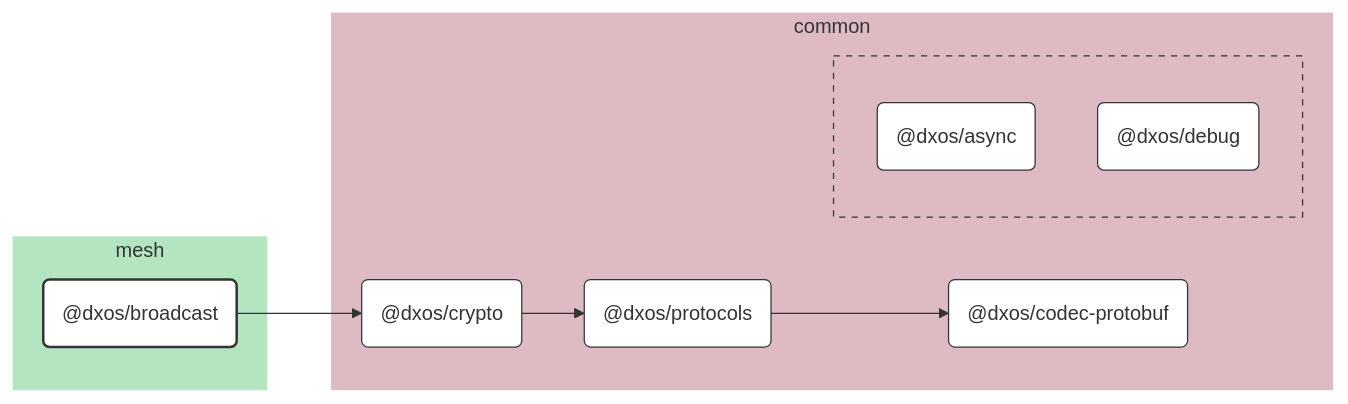
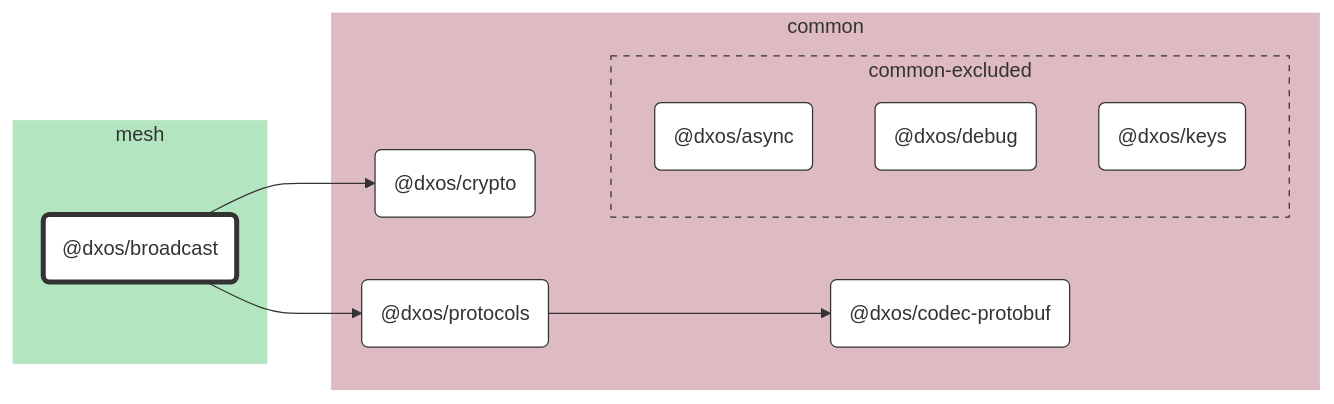
Before and after one commit to dxos/dxos: the diagram in packages/mesh/broadcast/docs/README.md, drawn with Mermaid. The commit also changed other lines of this file and 683 other files, not shown here.

````diff
--- a/packages/mesh/broadcast/docs/README.md
+++ b/packages/mesh/broadcast/docs/README.md
@@ -7,53 +7,43 @@
 ```mermaid
 %%{ init: {'flowchart':{'curve':'basis'}} }%%
 
 flowchart LR
 
-%% Links
-dxos/broadcast --> dxos/crypto;
-dxos/crypto --> dxos/protocols;
-dxos/protocols --> dxos/codec-protobuf;
+%% Classes
+classDef def fill:#fff,stroke:#333,stroke-width:1px
+classDef root fill:#fff,stroke:#333,stroke-width:4px
 
-%% Sections
-subgraph mesh
-  style mesh fill:#b3e6c0,stroke:#fff;
+%% Nodes
 
-  dxos/broadcast("@dxos/broadcast")
+subgraph mesh [mesh]
+  style mesh fill:#b3e6c0,stroke:#fff
+  dxos/broadcast("@dxos/broadcast"):::root
+  click dxos/broadcast "dxos/dxos/tree/main/packages/mesh/broadcast/docs"
 end
 
-subgraph common
-  style common fill:#debac2,stroke:#fff;
+subgraph common [common]
+  style common fill:#debac2,stroke:#fff
+  dxos/codec-protobuf("@dxos/codec-protobuf"):::def
+  click dxos/codec-protobuf "dxos/dxos/tree/main/packages/common/codec-protobuf/docs"
+  dxos/crypto("@dxos/crypto"):::def
+  click dxos/crypto "dxos/dxos/tree/main/packages/common/crypto/docs"
+  dxos/protocols("@dxos/protocols"):::def
+  click dxos/protocols "dxos/dxos/tree/main/packages/common/protocols/docs"
 
-  dxos/codec-protobuf("@dxos/codec-protobuf")
-  dxos/crypto("@dxos/crypto")
-  dxos/protocols("@dxos/protocols")
-
-  subgraph common-excluded [ ]
-    style common-excluded fill:#debac2,stroke:#333,stroke-dasharray:5 5;
-
-    dxos/async("@dxos/async")
-    dxos/debug("@dxos/debug")
+  subgraph common-excluded [common-excluded]
+    style common-excluded fill:#debac2,stroke:#333,stroke-dasharray:5 5
+    dxos/async("@dxos/async"):::def
+    click dxos/async "dxos/dxos/tree/main/packages/common/async/docs"
+    dxos/debug("@dxos/debug"):::def
+    click dxos/debug "dxos/dxos/tree/main/packages/common/debug/docs"
+    dxos/keys("@dxos/keys"):::def
+    click dxos/keys "dxos/dxos/tree/main/packages/common/keys/docs"
   end
 end
 
-
-%% Hyperlinks
-click dxos/async "dxos/dxos/tree/main/packages/common/async/docs";
-click dxos/codec-protobuf "dxos/dxos/tree/main/packages/common/codec-protobuf/docs";
-click dxos/crypto "dxos/dxos/tree/main/packages/common/crypto/docs";
-click dxos/debug "dxos/dxos/tree/main/packages/common/debug/docs";
-click dxos/protocols "dxos/dxos/tree/main/packages/common/protocols/docs";
-
-%% Styles
-classDef rootNode fill:#fff,stroke:#333,stroke-width:2px
-classDef defaultNode fill:#fff,stroke:#333,stroke-width:1px
+%% Links
 linkStyle default stroke:#333,stroke-width:1px
-
-dxos/broadcast:::rootNode
-
-dxos/async:::defaultNode
-dxos/codec-protobuf:::defaultNode
-dxos/crypto:::defaultNode
-dxos/debug:::defaultNode
-dxos/protocols:::defaultNode
+dxos/broadcast --> dxos/crypto
+dxos/broadcast --> dxos/protocols
+dxos/protocols --> dxos/codec-protobuf
 ```
````
